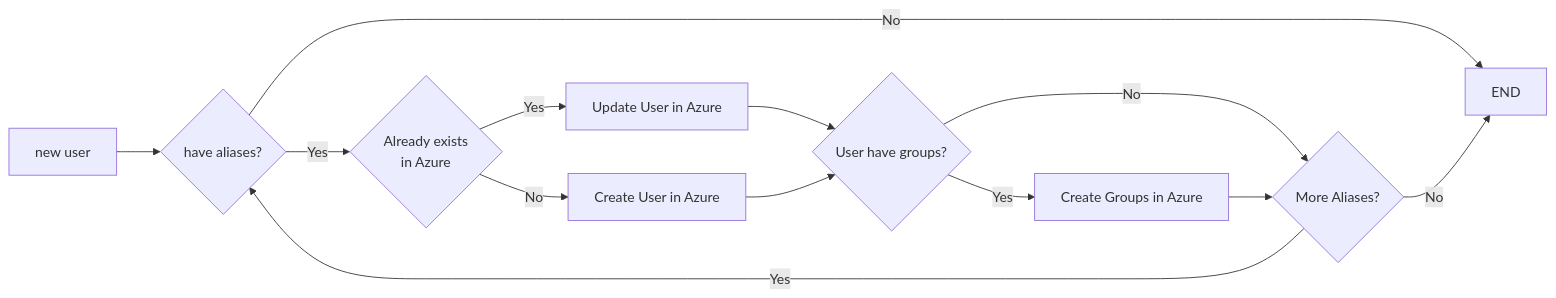
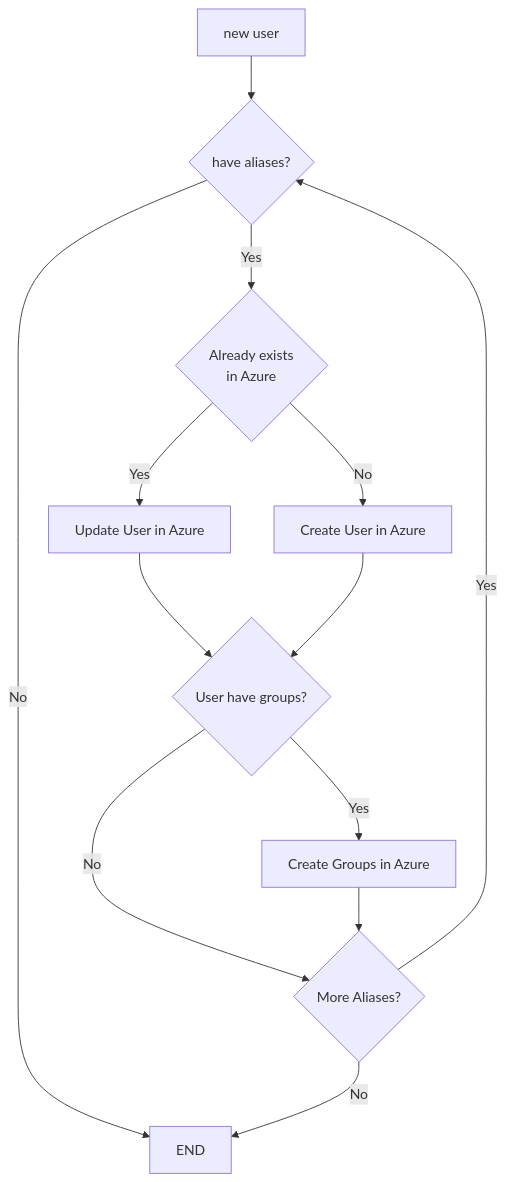
Before and after one commit to univention/office365: the third of 5 diagrams in doc/README-code.md, drawn with Mermaid. The commit also changed other lines of this file, not shown here.

````diff
--- a/doc/README-code.md
+++ b/doc/README-code.md
@@ -1116,25 +1121,25 @@
 ```mermaid 
-flowchart LR
+flowchart TB
     A[new user]
     B{have aliases?}
     C{Already exists<br/>in Azure}
     D[Create User in Azure]
     H[Update User in Azure]
     F{User have groups?}
     G[Create Groups in Azure]
     Y{More Aliases?}
     Z[END]
     
     A --> B
     B -- Yes --> C
     B -- No --> Z
     C -- No --> D
     C -- Yes --> H
     H -->  F    
     F -- No --> Y
     F -- Yes --> G
     D --> F
     G --> Y
     Y -- Yes --> B
     Y -- No --> Z
 ```
````
